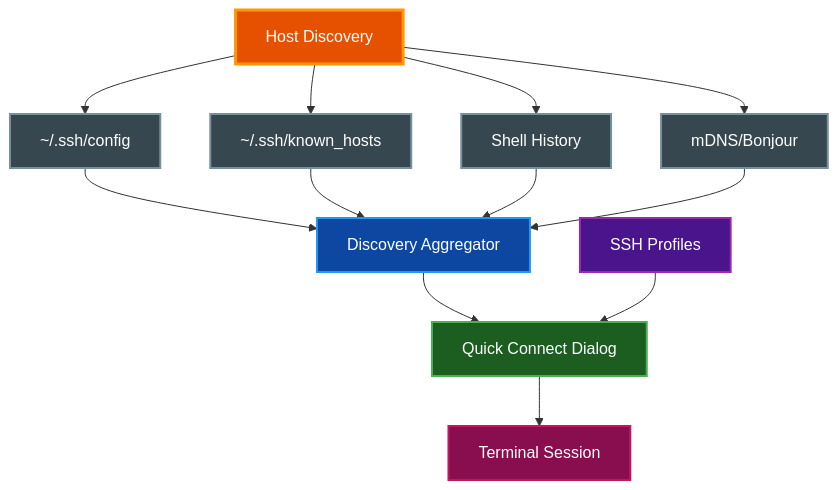
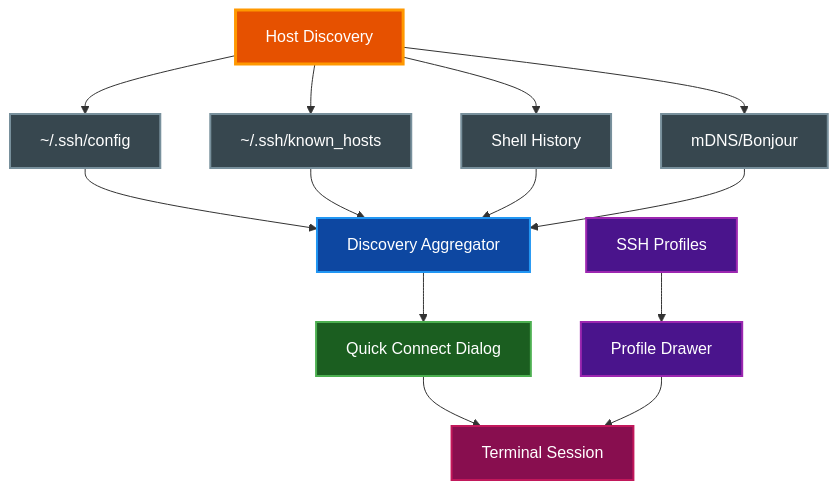
The diagram in docs/SSH.md (paulrobello/par-term), drawn with Mermaid before and after one commit. The commit also changed other lines of this file and 43 other files, not shown here.

````diff
--- a/docs/SSH.md
+++ b/docs/SSH.md
@@ -29,36 +29,39 @@
 ```mermaid
 graph TD
     Discovery[Host Discovery]
     Config[~/.ssh/config]
     Known[~/.ssh/known_hosts]
     History[Shell History]
     MDNS[mDNS/Bonjour]
     Aggregator[Discovery Aggregator]
     QuickConnect[Quick Connect Dialog]
     Profiles[SSH Profiles]
+    ProfileDrawer[Profile Drawer]
     Terminal[Terminal Session]
 
     Discovery --> Config
     Discovery --> Known
     Discovery --> History
     Discovery --> MDNS
 
     Config --> Aggregator
     Known --> Aggregator
     History --> Aggregator
     MDNS --> Aggregator
 
     Aggregator --> QuickConnect
-    Profiles --> QuickConnect
     QuickConnect --> Terminal
+    Profiles --> ProfileDrawer
+    ProfileDrawer --> Terminal
 
     style Discovery fill:#e65100,stroke:#ff9800,stroke-width:3px,color:#ffffff
     style Config fill:#37474f,stroke:#78909c,stroke-width:2px,color:#ffffff
     style Known fill:#37474f,stroke:#78909c,stroke-width:2px,color:#ffffff
     style History fill:#37474f,stroke:#78909c,stroke-width:2px,color:#ffffff
     style MDNS fill:#37474f,stroke:#78909c,stroke-width:2px,color:#ffffff
     style Aggregator fill:#0d47a1,stroke:#2196f3,stroke-width:2px,color:#ffffff
     style QuickConnect fill:#1b5e20,stroke:#4caf50,stroke-width:2px,color:#ffffff
     style Profiles fill:#4a148c,stroke:#9c27b0,stroke-width:2px,color:#ffffff
+    style ProfileDrawer fill:#4a148c,stroke:#9c27b0,stroke-width:2px,color:#ffffff
     style Terminal fill:#880e4f,stroke:#c2185b,stroke-width:2px,color:#ffffff
 ```
````
